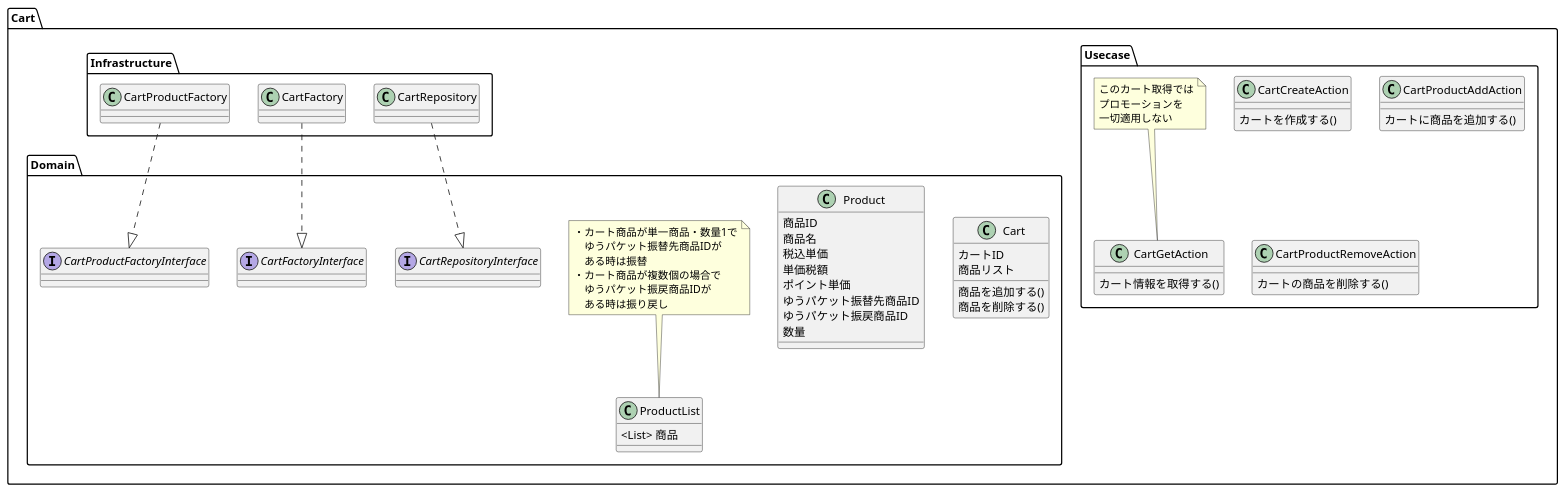
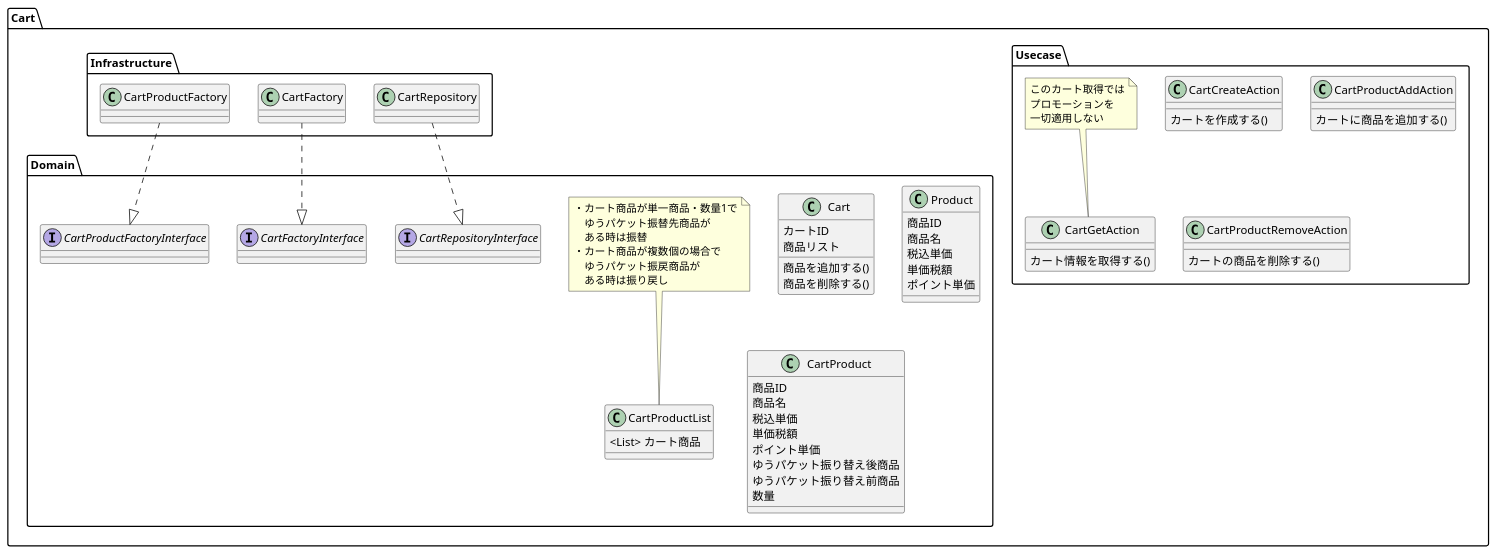
One commit to coffee-r/practice-ec-webapi1 changed the diagram in documents/クラス図/Cart.pu. Above: the diagram before and after it, drawn with PlantUML.

Commit message:
[fix] クラス図

```diff
--- a/documents/クラス図/Cart.pu
+++ b/documents/クラス図/Cart.pu
@@ -1,79 +1,88 @@
 @startuml practice-ec-webapi
 
 package Cart{
     package Domain{
 
         class Cart{
             カートID
             商品リスト
             商品を追加する()
             商品を削除する()
         }
 
         class Product{
             商品ID
             商品名
             税込単価
             単価税額
             ポイント単価
-            ゆうパケット振替先商品ID
-            ゆうパケット振戻商品ID
+        }
+
+        class CartProduct{
+            商品ID
+            商品名
+            税込単価
+            単価税額
+            ポイント単価
+            ゆうパケット振り替え後商品
+            ゆうパケット振り替え前商品
             数量
         }
 
-        class ProductList{
-            <List> 商品
+        class CartProductList{
+            <List> カート商品
         }
 
-        note top of ProductList :・カート商品が単一商品・数量1で\n　ゆうパケット振替先商品IDが\n　ある時は振替\n・カート商品が複数個の場合で\n　ゆうパケット振戻商品IDが\n　ある時は振り戻し
+        note top of CartProductList :・カート商品が単一商品・数量1で\n　ゆうパケット振替先商品が\n　ある時は振替\n・カート商品が複数個の場合で\n　ゆうパケット振戻商品が\n　ある時は振り戻し
 
         interface CartRepositoryInterface{
 
         }
 
         interface CartFactoryInterface{
 
         }
 
         interface CartProductFactoryInterface{
 
         }
     }
+
     package Usecase{
         class CartCreateAction{
             カートを作成する()
         }
         class CartGetAction{
             カート情報を取得する()
         }
 
         note top of CartGetAction : このカート取得では\nプロモーションを\n一切適用しない
 
         class CartProductAddAction{
             カートに商品を追加する()
         }
         class CartProductRemoveAction{
             カートの商品を削除する()
         }
 
     }
 
     package Infrastructure{
         class CartRepository{
 
         }
         class CartFactory{
 
         }
         class CartProductFactory{
 
         }
 
         CartRepository  ..|> CartRepositoryInterface
         CartFactory ..|> CartFactoryInterface
         CartProductFactory ..|> CartProductFactoryInterface
     }
 }
    
 
 @enduml
```
